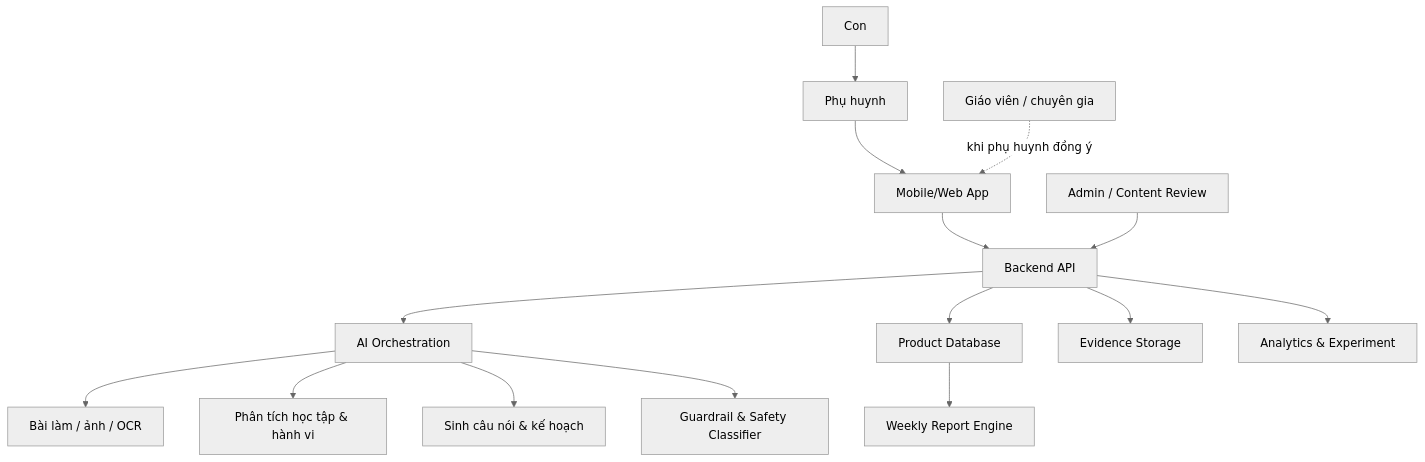
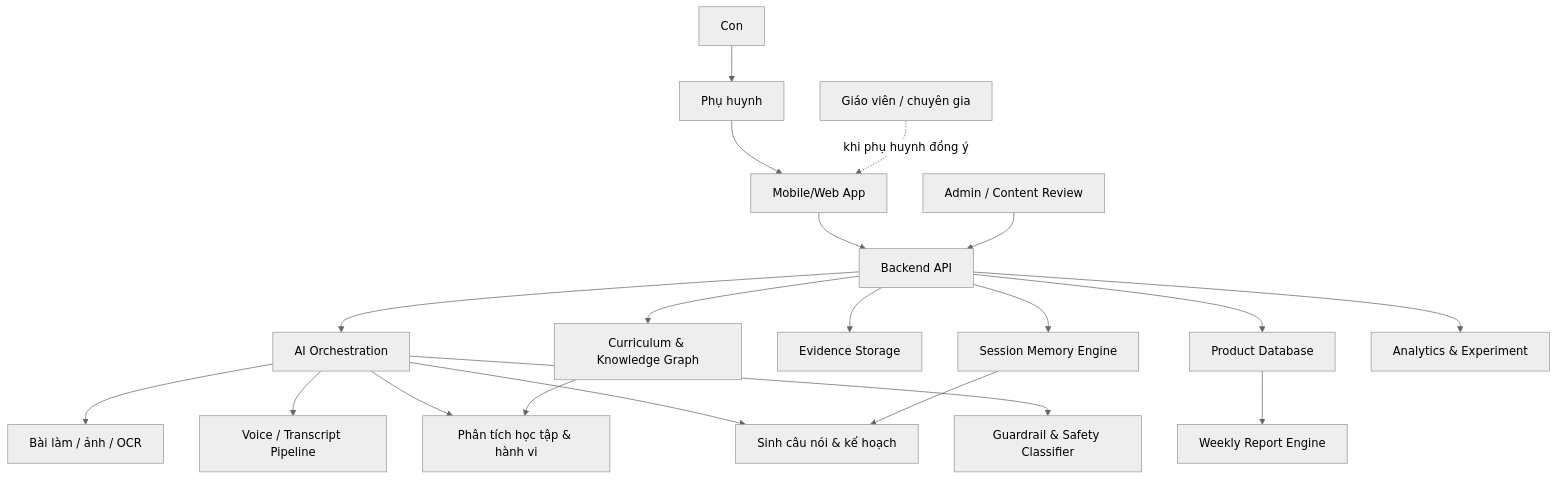
One commit to AnhBeva/ai-hieu-con-docs changed the first of 4 diagrams in docs/vi/architecture/index.md. Above: the diagram before and after it, drawn with Mermaid (neutral theme). The commit also changed other lines of this file and 9 other files, not shown here.

Commit message:
Update AI Hieu Con curriculum and session intelligence docs

````diff
--- a/docs/vi/architecture/index.md
+++ b/docs/vi/architecture/index.md
@@ -13,17 +13,22 @@
 ```mermaid
 flowchart TB
     P["Phụ huynh"] --> FE["Mobile/Web App"]
     C["Con"] --> P
     FE --> API["Backend API"]
     API --> ORCH["AI Orchestration"]
     API --> DB["Product Database"]
     API --> FILE["Evidence Storage"]
+    API --> CURR["Curriculum & Knowledge Graph"]
+    API --> MEM["Session Memory Engine"]
     ORCH --> VISION["Bài làm / ảnh / OCR"]
+    ORCH --> VOICE["Voice / Transcript Pipeline"]
     ORCH --> REASON["Phân tích học tập & hành vi"]
     ORCH --> COACH["Sinh câu nói & kế hoạch"]
     ORCH --> SAFE["Guardrail & Safety Classifier"]
+    CURR --> REASON
+    MEM --> COACH
     DB --> REPORT["Weekly Report Engine"]
     API --> ANALYTICS["Analytics & Experiment"]
     ADMIN["Admin / Content Review"] --> API
     TEACHER["Giáo viên / chuyên gia"] -. khi phụ huynh đồng ý .-> FE
 ```
````
